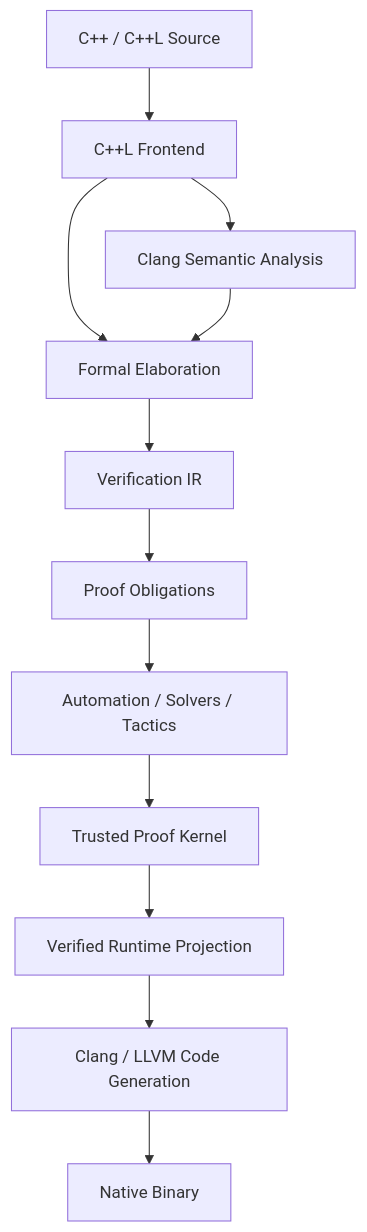
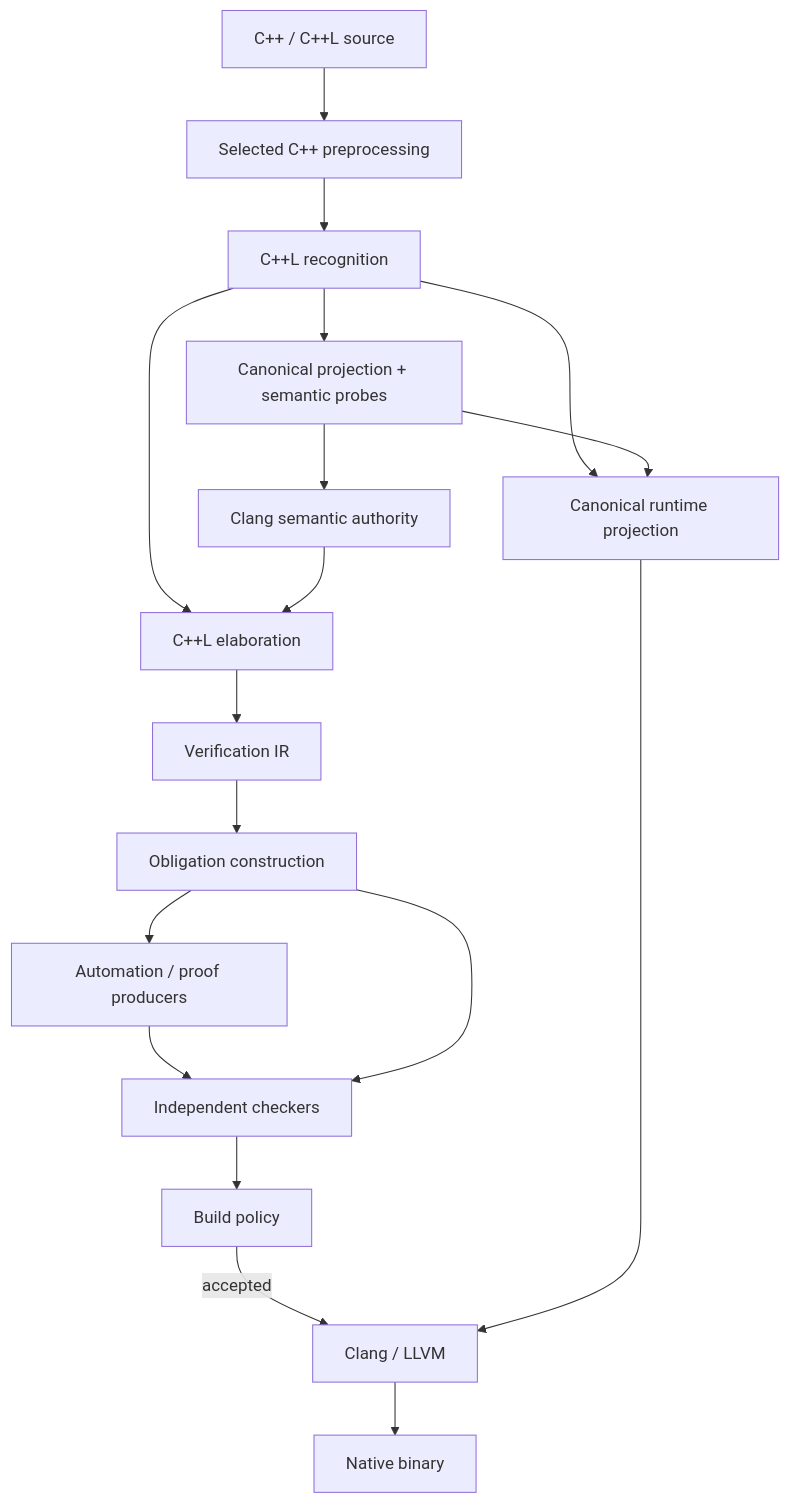
Before and after one commit to MattCCC/cppl: the first of 6 diagrams in docs/ARCHITECTURE.md, drawn with Mermaid. The commit also changed other lines of this file, not shown here.

Commit message:
docs: Update architecture doc

````diff
--- a/docs/ARCHITECTURE.md
+++ b/docs/ARCHITECTURE.md
@@ -76,26 +86,35 @@
 ```mermaid
 flowchart TD
-    S["C++ / C++L Source"]
-    F["C++L Frontend"]
-    C["Clang Semantic Analysis"]
-    E["Formal Elaboration"]
-    V["Verification IR"]
-    O["Proof Obligations"]
-    A["Automation / Solvers / Tactics"]
-    K["Trusted Proof Kernel"]
-    P["Verified Runtime Projection"]
-    L["Clang / LLVM Code Generation"]
-    B["Native Binary"]
+    SRC["C++ / C++L source"]
+    PP["Selected C++ preprocessing"]
+    REC["C++L recognition"]
+    PROJ["Canonical projection + semantic probes"]
+    CLANG["Clang semantic authority"]
+    ELAB["C++L elaboration"]
+    VIR["Verification IR"]
+    OBL["Obligation construction"]
+    AUTO["Automation / proof producers"]
+    CHECK["Independent checkers"]
+    POLICY["Build policy"]
+    RUNTIME["Canonical runtime projection"]
+    CODEGEN["Clang / LLVM"]
+    BIN["Native binary"]
 
-    S --> F
-    F --> C
-    F --> E
-    C --> E
-    E --> V
-    V --> O
-    O --> A
-    A --> K
-    K --> P
-    P --> L
-    L --> B
+    SRC --> PP
+    PP --> REC
+    REC --> PROJ
+    PROJ --> CLANG
+    REC --> ELAB
+    CLANG --> ELAB
+    ELAB --> VIR
+    VIR --> OBL
+    OBL --> AUTO
+    AUTO --> CHECK
+    OBL --> CHECK
+    CHECK --> POLICY
+    REC --> RUNTIME
+    PROJ --> RUNTIME
+    POLICY -->|accepted| CODEGEN
+    RUNTIME --> CODEGEN
+    CODEGEN --> BIN
 ```
````
